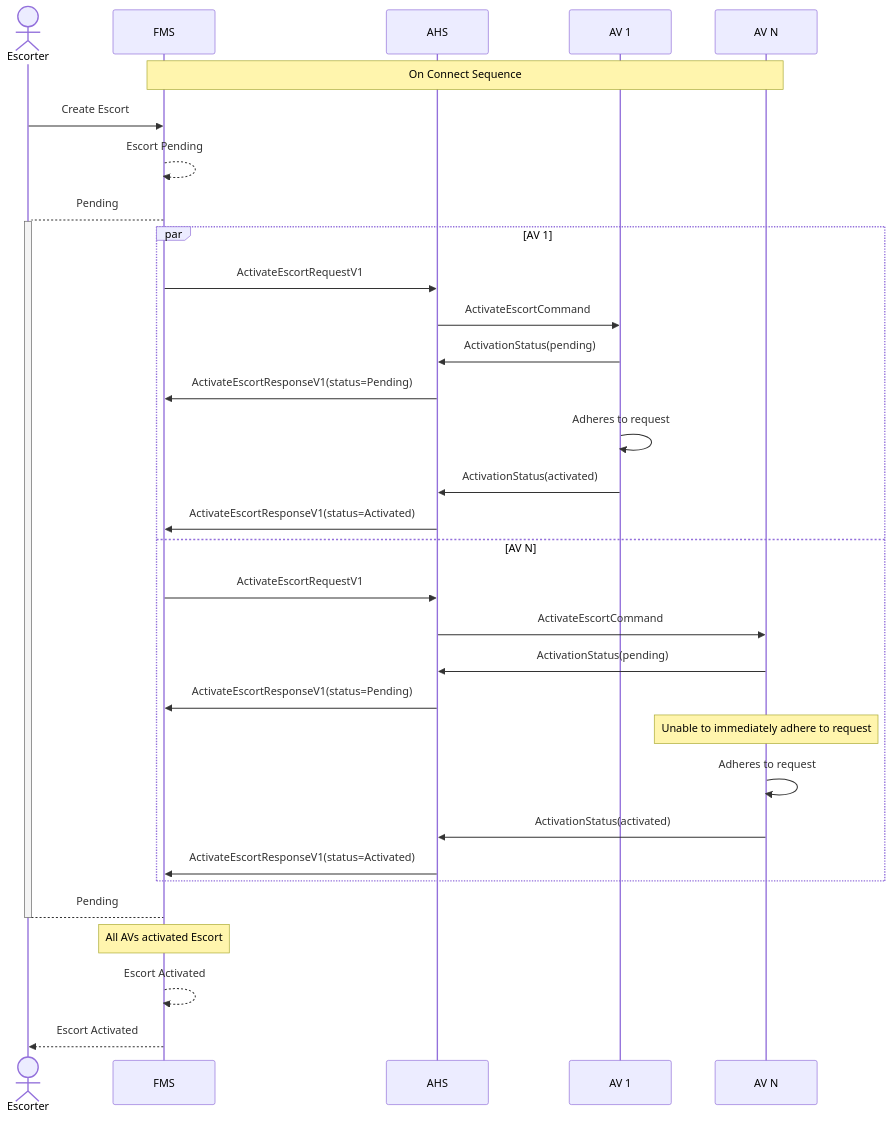
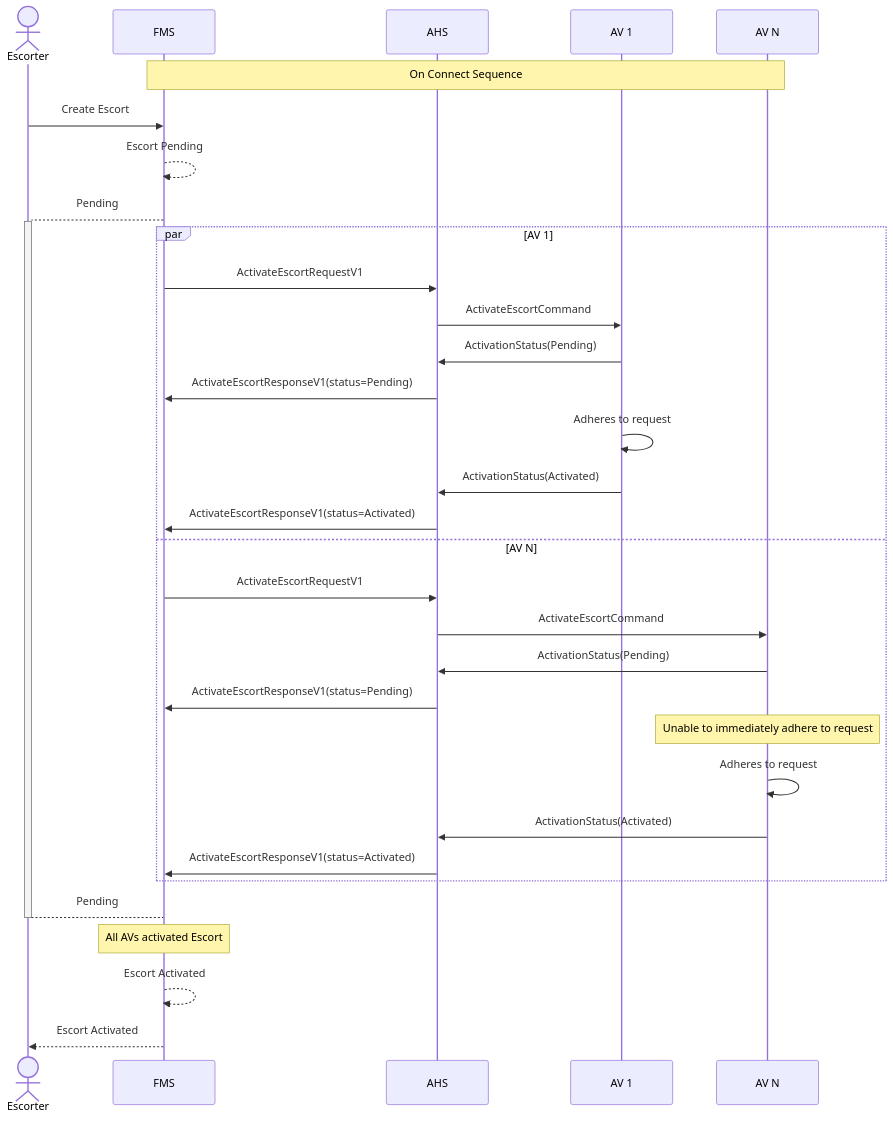
Before and after one commit to open-autonomy/escort: the second of 3 diagrams in diagram/EscortActivation.md, drawn with Mermaid. The commit also changed other lines of this file and 11 other files, not shown here.

````diff
--- a/diagram/EscortActivation.md
+++ b/diagram/EscortActivation.md
@@ -50,36 +50,36 @@
 ```mermaid
 sequenceDiagram
     actor Escorter
     participant FMS
     participant AHS
     participant AV 1
     participant AV N
 
     Note over FMS,AV N: On Connect Sequence
     Escorter->>FMS: Create Escort
     FMS-->>FMS: Escort Pending
     FMS-->+Escorter: Pending
     par AV 1
     FMS->>AHS: ActivateEscortRequestV1
     AHS->>AV 1: ActivateEscortCommand
-    AV 1->>AHS: ActivationStatus(pending)
+    AV 1->>AHS: ActivationStatus(Pending)
     AHS->>FMS: ActivateEscortResponseV1(status=Pending)
         AV 1->>AV 1: Adheres to request
-    AV 1->>AHS: ActivationStatus(activated)
+    AV 1->>AHS: ActivationStatus(Activated)
     AHS->>FMS: ActivateEscortResponseV1(status=Activated)
     and AV N
     FMS->>AHS: ActivateEscortRequestV1
     AHS->>AV N: ActivateEscortCommand
-    AV N->>AHS: ActivationStatus(pending)
+    AV N->>AHS: ActivationStatus(Pending)
     AHS->>FMS: ActivateEscortResponseV1(status=Pending)
         Note Over AV N: Unable to immediately adhere to request
         AV N->>AV N: Adheres to request
-    AV N->>AHS: ActivationStatus(activated)
+    AV N->>AHS: ActivationStatus(Activated)
     AHS->>FMS: ActivateEscortResponseV1(status=Activated)
     end
 
     Escorter-->-FMS: Pending
     Note Over FMS: All AVs activated Escort
     FMS-->>FMS: Escort Activated
     FMS-->>Escorter: Escort Activated
 ```
````
